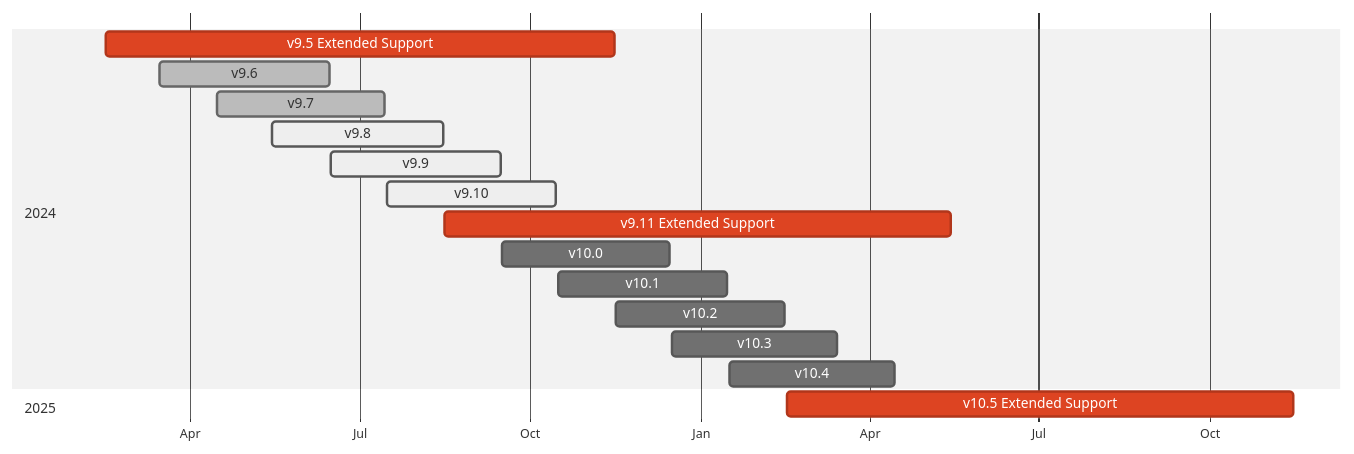
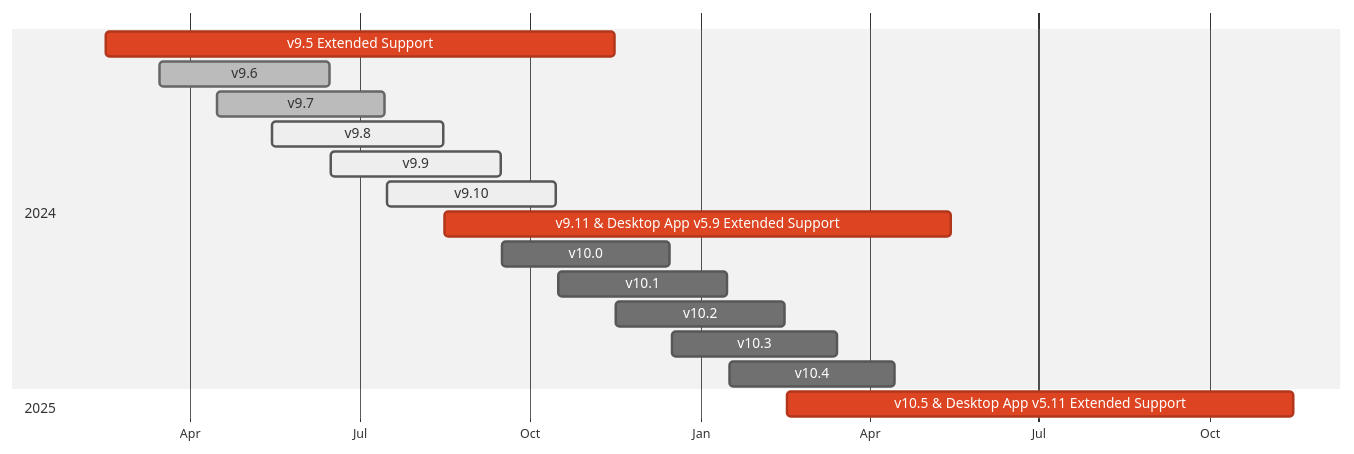
One commit to mattermost/docs changed the diagram in source/about/release-policy.md. Above: the diagram before and after it, drawn with Mermaid (neutral theme).

````diff
--- a/source/about/release-policy.md
+++ b/source/about/release-policy.md
@@ -48,23 +48,23 @@
 ```{mermaid}
 
 gantt
     dateFormat  YYYY-MM-DD
     axisFormat  %b
     
     section 2024
     v9.5 Extended Support  :crit,    2024-02-16, 2024-11-15
     v9.6                   :done,  2024-03-16, 2024-06-15
     v9.7                   :done,  2024-04-16, 2024-07-15
     v9.8                   :active,  2024-05-15, 2024-08-15
     v9.9                   :active,  2024-06-16, 2024-09-15
     v9.10                  :active,  2024-07-16, 2024-10-15
-    v9.11 Extended Support :crit,    2024-08-16, 2025-05-15
+    v9.11 & Desktop App v5.9 Extended Support :crit,    2024-08-16, 2025-05-15
     v10.0                  :upcoming,    2024-09-16, 2024-12-15
     v10.1                  :upcoming,    2024-10-16, 2025-01-15
     v10.2                  :upcoming,    2024-11-16, 2025-02-15
     v10.3                  :upcoming,    2024-12-16, 2025-03-15
     v10.4                  :upcoming,    2025-01-16, 2025-04-15
 
     section 2025
-    v10.5 Extended Support :crit,    2025-02-16, 2025-11-15
+    v10.5 & Desktop App v5.11 Extended Support :crit,    2025-02-16, 2025-11-15
 ```
````
